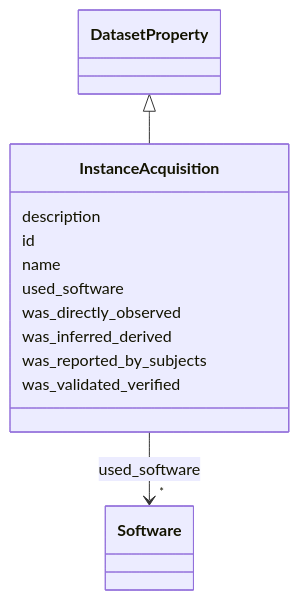
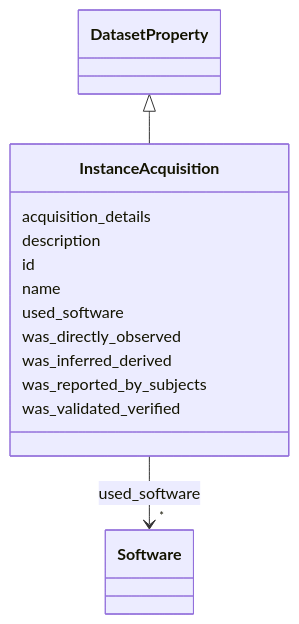
The diagram in docs/InstanceAcquisition.md (bridge2ai/data-sheets-schema), drawn with Mermaid before and after one commit. The commit also changed other lines of this file and 682 other files, not shown here.

````diff
--- a/docs/InstanceAcquisition.md
+++ b/docs/InstanceAcquisition.md
@@ -20,34 +20,36 @@
 ```mermaid
  classDiagram
     class InstanceAcquisition
     click InstanceAcquisition href "../InstanceAcquisition/"
       DatasetProperty <|-- InstanceAcquisition
         click DatasetProperty href "../DatasetProperty/"
       
+      InstanceAcquisition : acquisition_details
+        
       InstanceAcquisition : description
         
       InstanceAcquisition : id
         
       InstanceAcquisition : name
         
       InstanceAcquisition : used_software
         
           
     
         
         
         InstanceAcquisition --> "*" Software : used_software
         click Software href "../Software/"
     
 
         
       InstanceAcquisition : was_directly_observed
         
       InstanceAcquisition : was_inferred_derived
         
       InstanceAcquisition : was_reported_by_subjects
         
       InstanceAcquisition : was_validated_verified
         
       
 ```
````
